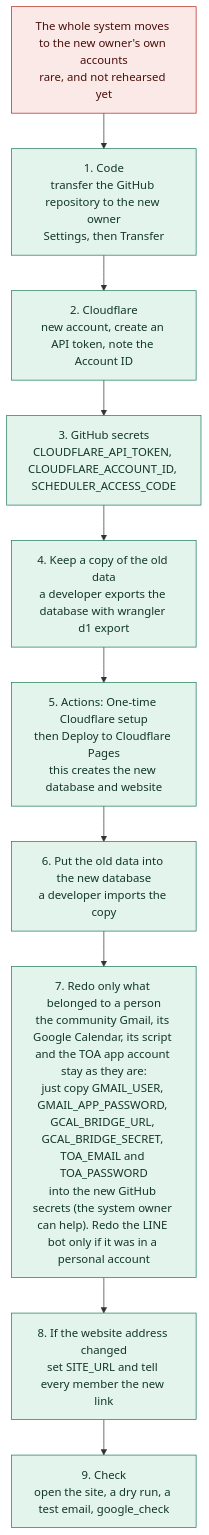
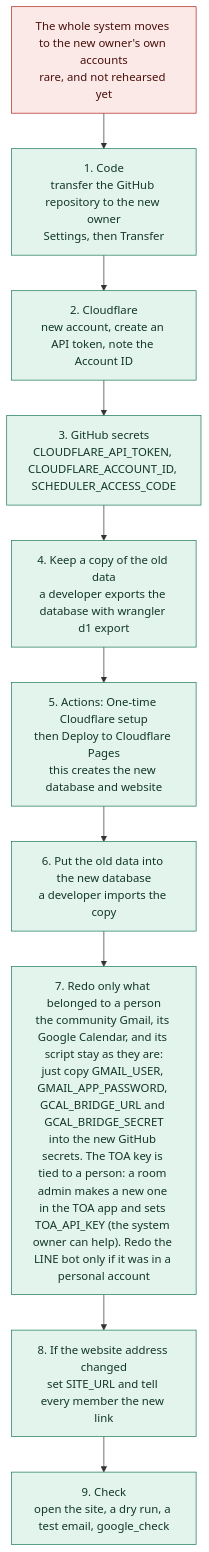
Diagram 13 of 14 in docs/GUIDE.md (mushaffarasyidridha/Jumat-Scheduler-NAIST), drawn with Mermaid before and after one commit. The commit also changed other lines of this file and 14 other files, not shown here.

First line of the commit message:
TOA: use TOA's own scheduler API with an integration key

````diff
--- a/docs/GUIDE.md
+++ b/docs/GUIDE.md
@@ -522,17 +521,17 @@
 ```mermaid
 flowchart TD
   A["The whole system moves to the new owner's own accounts<br/>rare, and not rehearsed yet"] --> B["1. Code<br/>transfer the GitHub repository to the new owner<br/>Settings, then Transfer"]
   B --> C["2. Cloudflare<br/>new account, create an API token, note the Account ID"]
   C --> D["3. GitHub secrets<br/>CLOUDFLARE_API_TOKEN, CLOUDFLARE_ACCOUNT_ID, SCHEDULER_ACCESS_CODE"]
   D --> E["4. Keep a copy of the old data<br/>a developer exports the database with wrangler d1 export"]
   E --> F["5. Actions: One-time Cloudflare setup<br/>then Deploy to Cloudflare Pages<br/>this creates the new database and website"]
   F --> G["6. Put the old data into the new database<br/>a developer imports the copy"]
-  G --> H["7. Redo only what belonged to a person<br/>the community Gmail, its Google Calendar, its script and the TOA app account stay as they are:<br/>just copy GMAIL_USER, GMAIL_APP_PASSWORD, GCAL_BRIDGE_URL, GCAL_BRIDGE_SECRET, TOA_EMAIL and TOA_PASSWORD<br/>into the new GitHub secrets (the system owner can help). Redo the LINE bot only if it was in a personal account"]
+  G --> H["7. Redo only what belonged to a person<br/>the community Gmail, its Google Calendar, and its script stay as they are:<br/>just copy GMAIL_USER, GMAIL_APP_PASSWORD, GCAL_BRIDGE_URL and GCAL_BRIDGE_SECRET<br/>into the new GitHub secrets. The TOA key is tied to a person: a room admin makes a new one in the TOA app and sets TOA_API_KEY (the system owner can help). Redo the LINE bot only if it was in a personal account"]
   H --> I["8. If the website address changed<br/>set SITE_URL and tell every member the new link"]
   I --> J["9. Check<br/>open the site, a dry run, a test email, google_check"]
 
   classDef admin fill:#e3f4ec,stroke:#1f7a5c,color:#12372a
   classDef warn fill:#fbe9e7,stroke:#b3261e,color:#4a0f0b
   class A warn
   class B,C,D,E,F,G,H,I,J admin
 ```
````
